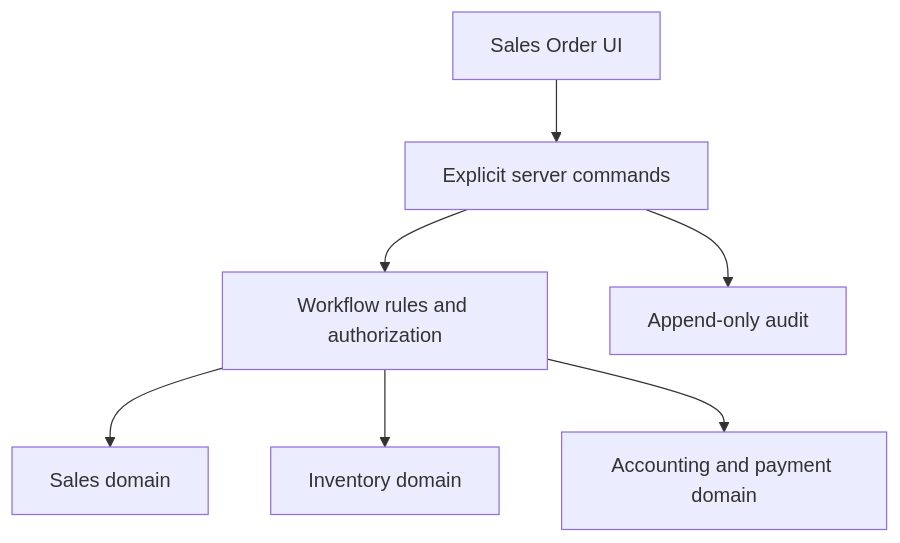
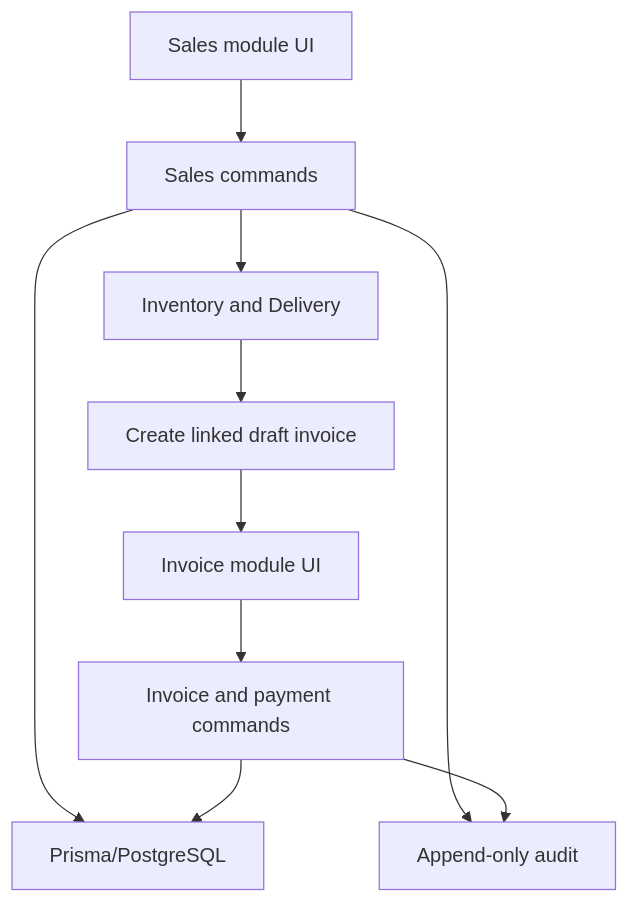
Before and after one commit to Brianogango/deed-erp: the first of 2 diagrams in docs/domain/SALES_ORDER_WORKFLOW.md, drawn with Mermaid. The commit also changed other lines of this file, not shown here.

Commit message:
docs(sales): separate Sales and Invoice module ownership

````diff
--- a/docs/domain/SALES_ORDER_WORKFLOW.md
+++ b/docs/domain/SALES_ORDER_WORKFLOW.md
@@ -7,17 +17,21 @@
 ```mermaid
 flowchart TD
-    UI["Sales Order UI"]
-    CMD["Explicit server commands"]
-    RULES["Workflow rules and authorization"]
-    SALES["Sales domain"]
-    STOCK["Inventory domain"]
-    FIN["Accounting and payment domain"]
+    SALESUI["Sales module UI"]
+    SALESCMD["Sales commands"]
+    STOCK["Inventory and Delivery"]
+    CREATEDRAFT["Create linked draft invoice"]
+    INVUI["Invoice module UI"]
+    INVCMD["Invoice and payment commands"]
+    DB["Prisma/PostgreSQL"]
     AUDIT["Append-only audit"]
 
-    UI --> CMD
-    CMD --> RULES
-    RULES --> SALES
-    RULES --> STOCK
-    RULES --> FIN
-    CMD --> AUDIT
+    SALESUI --> SALESCMD
+    SALESCMD --> STOCK
+    STOCK --> CREATEDRAFT
+    CREATEDRAFT --> INVUI
+    INVUI --> INVCMD
+    SALESCMD --> DB
+    INVCMD --> DB
+    SALESCMD --> AUDIT
+    INVCMD --> AUDIT
 ```
````
